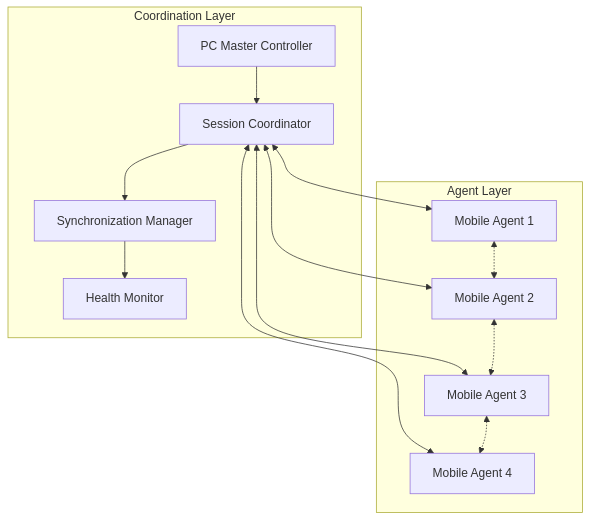
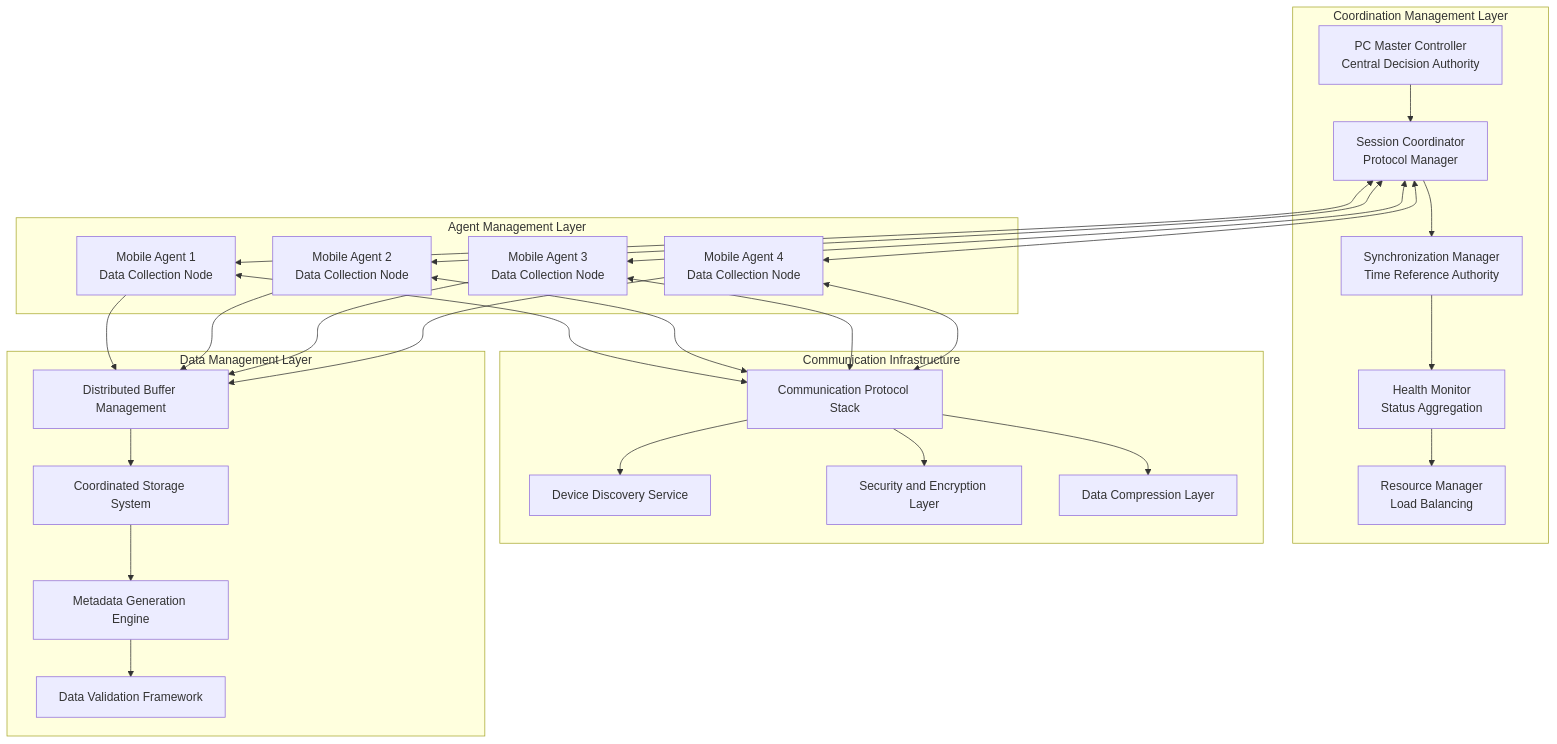
The second of 5 diagrams in docs/thesis_report/Chapter_4_Design_and_Implementation.md (buccancs/fyp-multi-sensor-recording-system), drawn with Mermaid before and after one commit. The commit also changed other lines of this file and 2 other files, not shown here.

````diff
--- a/docs/thesis_report/Chapter_4_Design_and_Implementation.md
+++ b/docs/thesis_report/Chapter_4_Design_and_Implementation.md
@@ -80,29 +142,59 @@
 ```mermaid
 graph TD
-    subgraph "Coordination Layer"
-        MASTER[PC Master Controller]
-        COORD[Session Coordinator]
-        SYNC[Synchronization Manager]
-        HEALTH[Health Monitor]
+    subgraph "Coordination Management Layer"
+        MASTER[PC Master Controller<br/>Central Decision Authority]
+        COORD[Session Coordinator<br/>Protocol Manager]
+        SYNC[Synchronization Manager<br/>Time Reference Authority]
+        HEALTH[Health Monitor<br/>Status Aggregation]
+        RESOURCE[Resource Manager<br/>Load Balancing]
     end
     
-    subgraph "Agent Layer"
-        AGENT1[Mobile Agent 1]
-        AGENT2[Mobile Agent 2]
-        AGENT3[Mobile Agent 3]
-        AGENT4[Mobile Agent 4]
+    subgraph "Agent Management Layer"
+        AGENT1[Mobile Agent 1<br/>Data Collection Node]
+        AGENT2[Mobile Agent 2<br/>Data Collection Node]
+        AGENT3[Mobile Agent 3<br/>Data Collection Node]
+        AGENT4[Mobile Agent 4<br/>Data Collection Node]
+    end
+    
+    subgraph "Communication Infrastructure"
+        PROTOCOL[Communication Protocol Stack]
+        DISCOVERY[Device Discovery Service]
+        ENCRYPTION[Security and Encryption Layer]
+        COMPRESSION[Data Compression Layer]
+    end
+    
+    subgraph "Data Management Layer"
+        BUFFER[Distributed Buffer Management]
+        STORAGE[Coordinated Storage System]
+        METADATA[Metadata Generation Engine]
+        VALIDATION[Data Validation Framework]
     end
     
     MASTER --> COORD
     COORD --> SYNC
     SYNC --> HEALTH
+    HEALTH --> RESOURCE
     
     COORD <--> AGENT1
     COORD <--> AGENT2
     COORD <--> AGENT3
     COORD <--> AGENT4
     
-    AGENT1 <-.-> AGENT2
-    AGENT2 <-.-> AGENT3
-    AGENT3 <-.-> AGENT4
+    AGENT1 <--> PROTOCOL
+    AGENT2 <--> PROTOCOL
+    AGENT3 <--> PROTOCOL
+    AGENT4 <--> PROTOCOL
+    
+    PROTOCOL --> DISCOVERY
+    PROTOCOL --> ENCRYPTION
+    PROTOCOL --> COMPRESSION
+    
+    AGENT1 --> BUFFER
+    AGENT2 --> BUFFER
+    AGENT3 --> BUFFER
+    AGENT4 --> BUFFER
+    
+    BUFFER --> STORAGE
+    STORAGE --> METADATA
+    METADATA --> VALIDATION
 ```
````
